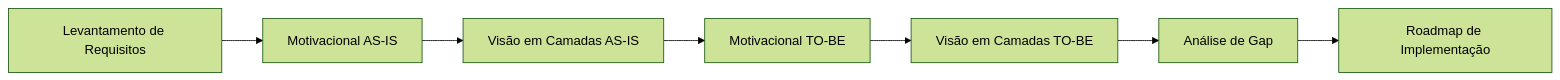
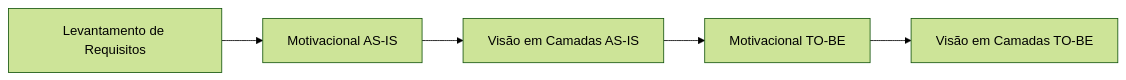
The diagram in README.md (EvelineMatos/archimate-solution-architects), drawn with Mermaid (forest theme) before and after one commit. The commit also changed 1 other file, not shown here.

Commit message:
Linguagens de EA - ArchiMate

````diff
--- a/README.md
+++ b/README.md
@@ -92,9 +92,7 @@
 ```mermaid
 graph LR
     A[Levantamento de Requisitos] --> B[Motivacional AS-IS]
     B --> C[Visão em Camadas AS-IS]
     C --> D[Motivacional TO-BE]
     D --> E[Visão em Camadas TO-BE]
-    E --> F[Análise de Gap]
-    F --> G[Roadmap de Implementação]
 ```
````
